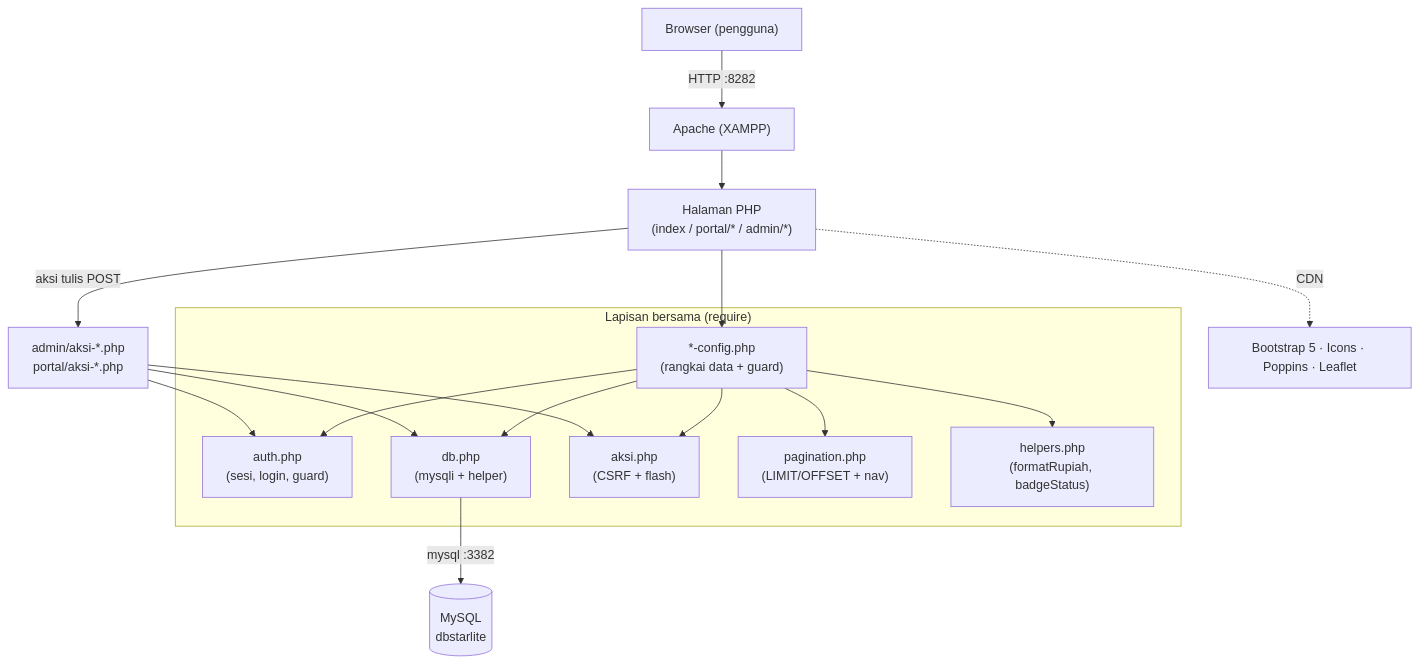
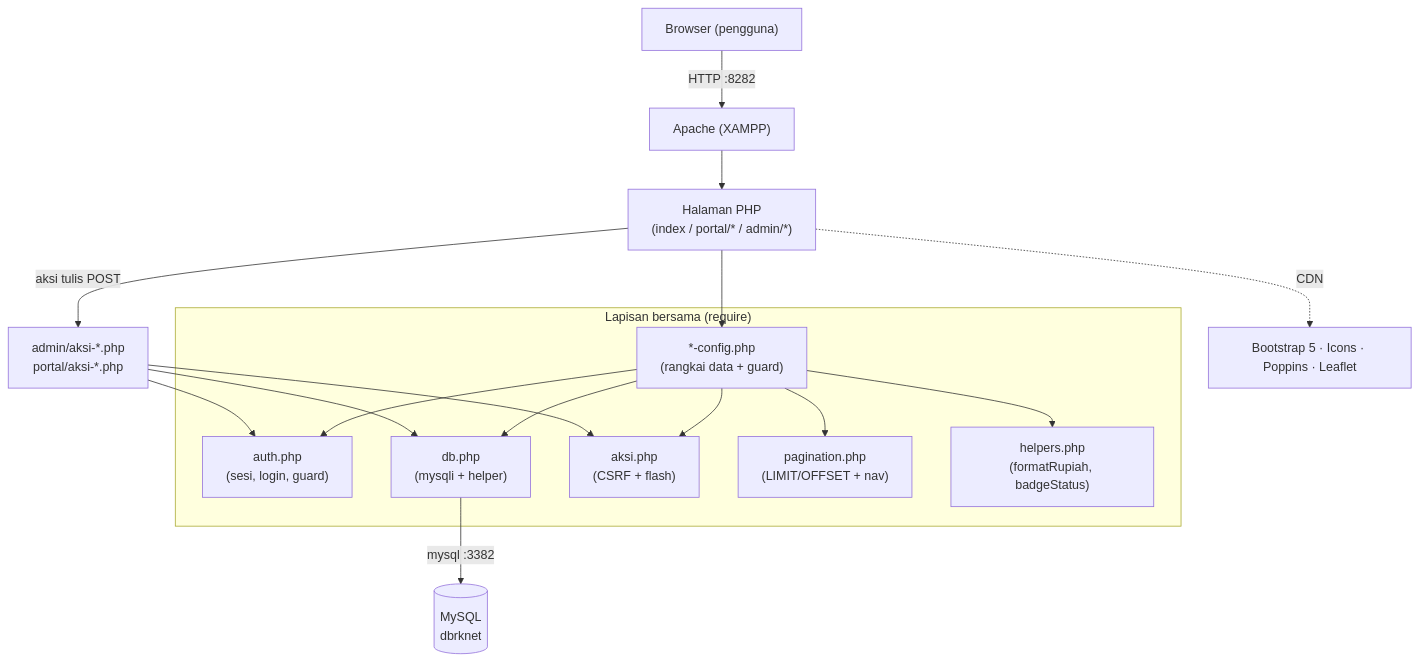
Before and after one commit to mramdann/rknet: the first of 6 diagrams in docs/DOKUMENTASI.md, drawn with Mermaid. The commit also changed other lines of this file and 2 other files, not shown here.

````diff
--- a/docs/DOKUMENTASI.md
+++ b/docs/DOKUMENTASI.md
@@ -28,21 +28,21 @@
 ```mermaid
 flowchart TD
     B["Browser (pengguna)"] -->|HTTP :8282| A["Apache (XAMPP)"]
     A --> H["Halaman PHP<br/>(index / portal/* / admin/*)"]
 
     subgraph Lapisan_Bersama["Lapisan bersama (require)"]
       CFG["*-config.php<br/>(rangkai data + guard)"]
       AUTH["auth.php<br/>(sesi, login, guard)"]
       DB["db.php<br/>(mysqli + helper)"]
       AKSI["aksi.php<br/>(CSRF + flash)"]
       PAG["pagination.php<br/>(LIMIT/OFFSET + nav)"]
       HLP["helpers.php<br/>(formatRupiah, badgeStatus)"]
     end
 
     H --> CFG
     CFG --> AUTH & DB & AKSI & PAG & HLP
     H -->|aksi tulis POST| ACT["admin/aksi-*.php<br/>portal/aksi-*.php"]
     ACT --> AUTH & DB & AKSI
-    DB -->|"mysql :3382"| M[("MySQL<br/>dbstarlite")]
+    DB -->|"mysql :3382"| M[("MySQL<br/>dbrknet")]
     H -. CDN .-> CDN["Bootstrap 5 · Icons · Poppins · Leaflet"]
 ```
````
